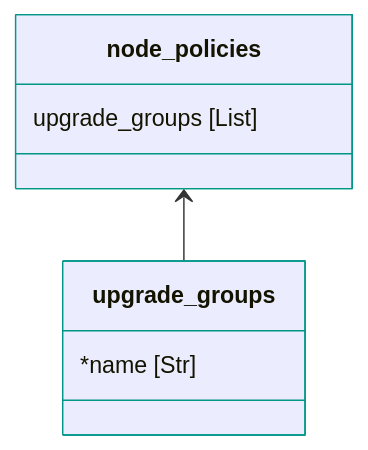
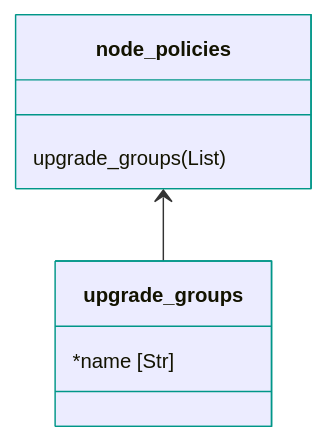
The second of 3 diagrams in docs/data_model/overview.md (netascode/terraform-aci-nac-aci), drawn with Mermaid before and after one commit. The commit also changed other lines of this file and 15 other files, not shown here.

````diff
--- a/docs/data_model/overview.md
+++ b/docs/data_model/overview.md
@@ -25,7 +28,7 @@
 ```mermaid
-%%{init: {'themeVariables': {'nodeBorder': '#009688'}}}%%
+%%{init: {'themeVariables': {'nodeBorder': '#009688', 'fontSize': '14px', 'fontFamily': 'Roboto'}}}%%
 classDiagram
 node_policies <-- upgrade_groups
-node_policies : upgrade_groups [List]
+node_policies : upgrade_groups (List)
 upgrade_groups : *name [Str]
 ```
````
